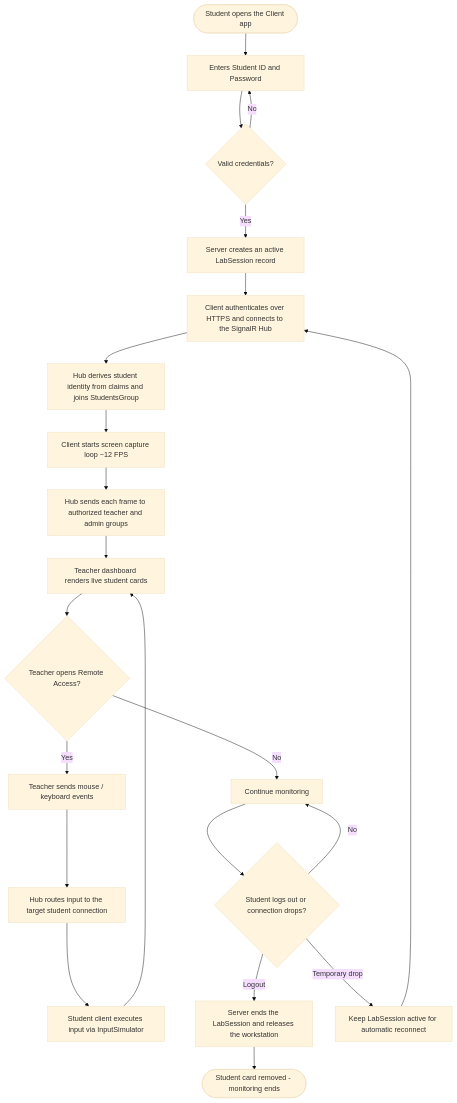
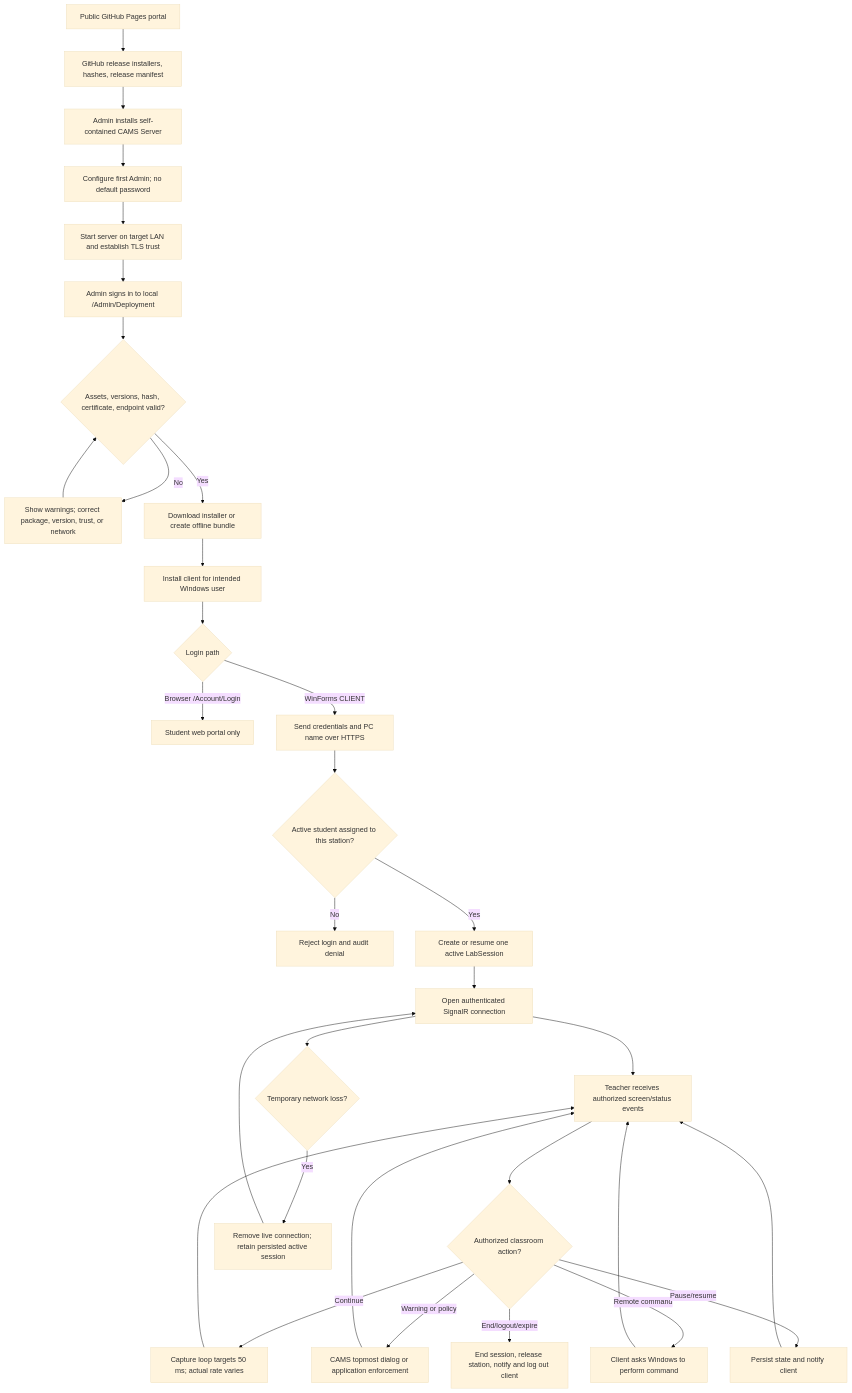
One commit to ACTstudent/RemoteAcessMonitoringSoftware4sale changed the diagram in DIAGRAMS/Flowchart.md. Above: the diagram before and after it, drawn with Mermaid (base theme). The commit also changed other lines of this file and 97 other files, not shown here.

Commit message:
Add CAMS deployment hub and complete release scope

````diff
--- a/DIAGRAMS/Flowchart.md
+++ b/DIAGRAMS/Flowchart.md
@@ -5,28 +5,36 @@
 ```mermaid
 flowchart TD
-    A([Student opens the Client app]) --> B[Enters Student ID and Password]
-    B --> C{Valid credentials?}
-    C -- No --> B
-    C -- Yes --> D[Server creates an active LabSession record]
+    P[Public GitHub Pages portal] --> R[GitHub release installers, hashes, release manifest]
+    R --> S[Admin installs self-contained CAMS Server]
+    S --> F[Configure first Admin; no default password]
+    F --> TLS[Start server on target LAN and establish TLS trust]
+    TLS --> H[Admin signs in to local /Admin/Deployment]
+    H --> V{Assets, versions, hash, certificate, endpoint valid?}
+    V -- No --> X[Show warnings; correct package, version, trust, or network]
+    X --> V
+    V -- Yes --> B[Download installer or create offline bundle]
+    B --> I[Install client for intended Windows user]
 
-    D --> E[Client authenticates over HTTPS and connects to the SignalR Hub]
-    E --> F[Hub derives student identity from claims and joins StudentsGroup]
-    F --> G[Client starts screen capture loop ~12 FPS]
+    I --> L{Login path}
+    L -- Browser /Account/Login --> WP[Student web portal only]
+    L -- WinForms CLIENT --> C[Send credentials and PC name over HTTPS]
+    C --> A{Active student assigned to this station?}
+    A -- No --> D[Reject login and audit denial]
+    A -- Yes --> LS[Create or resume one active LabSession]
+    LS --> SR[Open authenticated SignalR connection]
+    SR --> M[Teacher receives authorized screen/status events]
+    M --> Q{Authorized classroom action?}
+    Q -- Continue --> CAP[Capture loop targets 50 ms; actual rate varies]
+    CAP --> M
+    Q -- Warning or policy --> W[CAMS topmost dialog or application enforcement]
+    W --> M
+    Q -- Remote command --> OS[Client asks Windows to perform command]
+    OS --> M
+    Q -- Pause/resume --> PS[Persist state and notify client]
+    PS --> M
+    Q -- End/logout/expire --> E[End session, release station, notify and log out client]
 
-    G --> H[Hub sends each frame to authorized teacher and admin groups]
-    H --> I[Teacher dashboard renders live student cards]
-
-    I --> J{Teacher opens Remote Access?}
-    J -- No --> K[Continue monitoring]
-    J -- Yes --> L[Teacher sends mouse / keyboard events]
-    L --> M[Hub routes input to the target student connection]
-    M --> N[Student client executes input via InputSimulator]
-    N --> I
-
-    K --> O{Student logs out or connection drops?}
-    O -- No --> K
-    O -- Logout --> P[Server ends the LabSession and releases the workstation]
-    O -- Temporary drop --> R[Keep LabSession active for automatic reconnect]
-    P --> Q([Student card removed - monitoring ends])
-    R --> E
+    SR --> N{Temporary network loss?}
+    N -- Yes --> RE[Remove live connection; retain persisted active session]
+    RE --> SR
 ```
````
